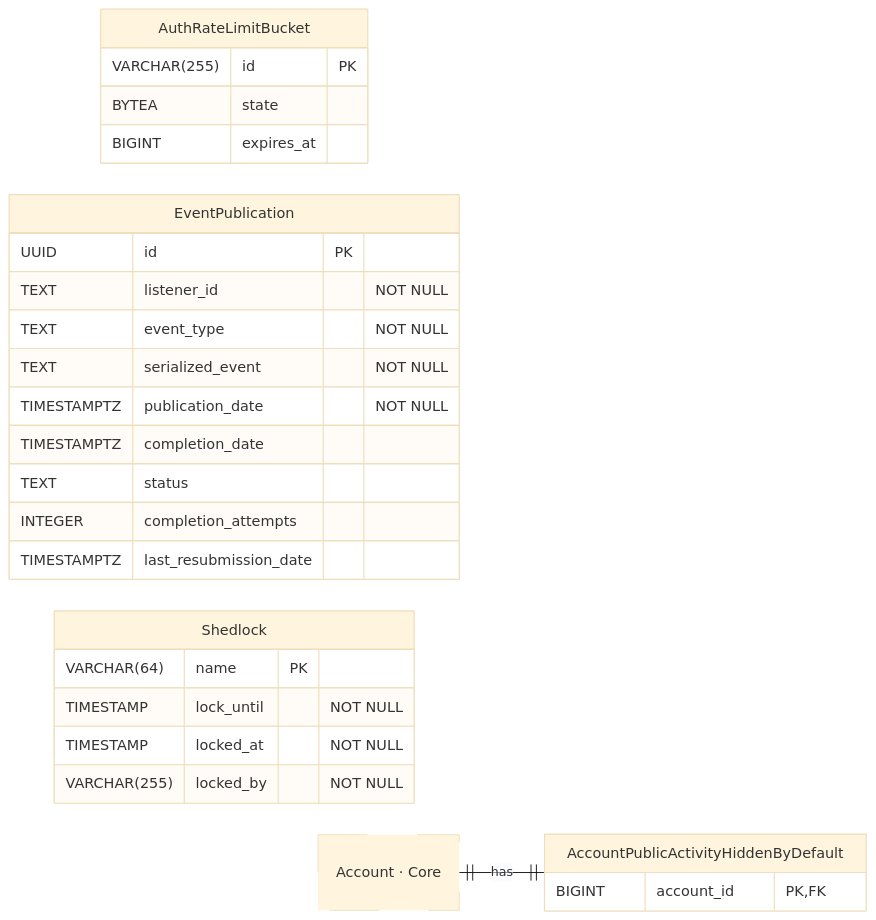
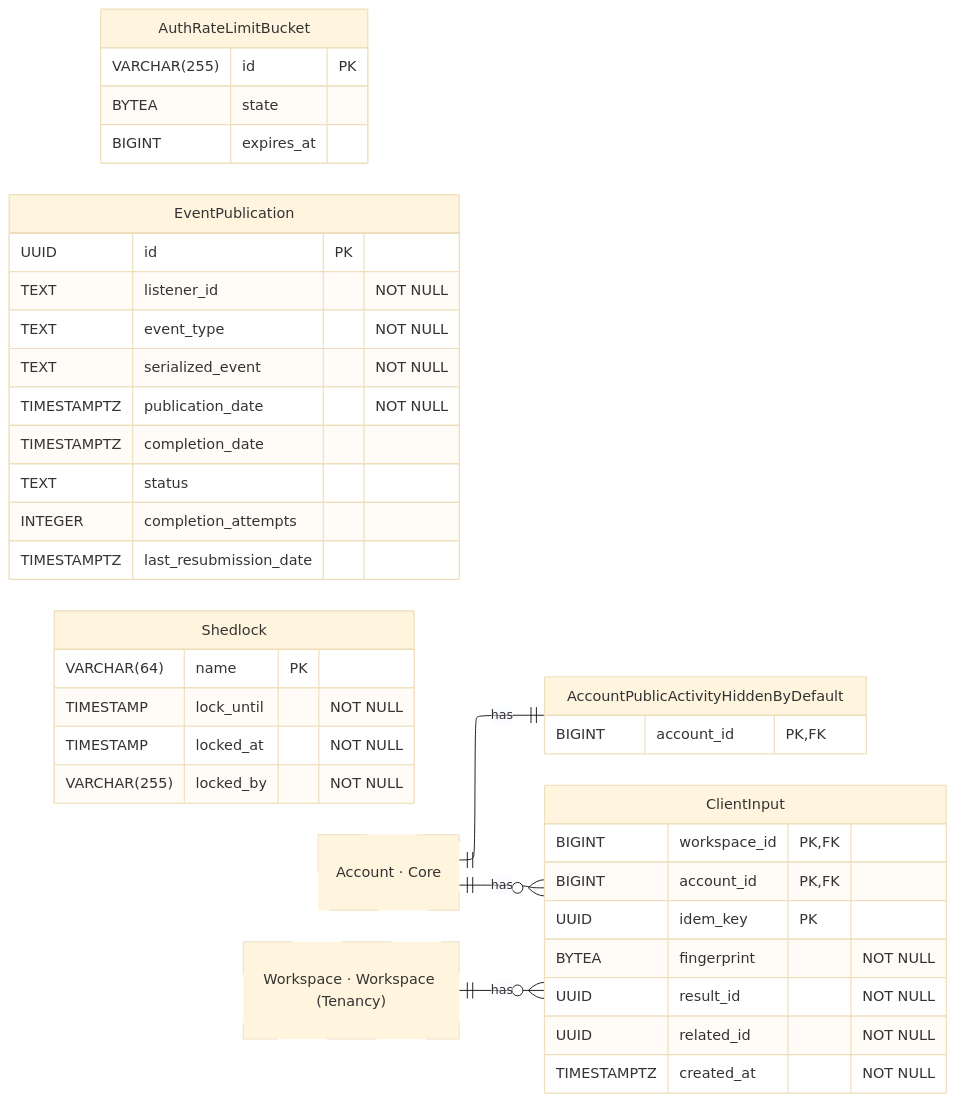
The diagram in docs/contributor/erd/without-entity.mmd (hephaestus-build/Hephaestus), drawn with Mermaid (base theme) before and after one commit. The commit also changed 55 other files, not shown here.

```diff
--- a/docs/contributor/erd/without-entity.mmd
+++ b/docs/contributor/erd/without-entity.mmd
@@ -1,53 +1,69 @@
 ---
 config:
     layout: elk
 ---
 erDiagram
     %% Generated automatically from PostgreSQL database schema
     %% using scripts/generate-mermaid-erd.ts
     %% To regenerate: vp run db:generate-erd-docs
 
     direction LR
 
     AccountPublicActivityHiddenByDefault {
         BIGINT account_id PK,FK
     }
 
     AuthRateLimitBucket {
         VARCHAR(255) id PK
         BYTEA state
         BIGINT expires_at
+    }
+
+    ClientInput {
+        BIGINT workspace_id PK,FK
+        BIGINT account_id PK,FK
+        UUID idem_key PK
+        BYTEA fingerprint "NOT NULL"
+        UUID result_id "NOT NULL"
+        UUID related_id "NOT NULL"
+        TIMESTAMPTZ created_at "NOT NULL"
     }
 
     EventPublication {
         UUID id PK
         TEXT listener_id "NOT NULL"
         TEXT event_type "NOT NULL"
         TEXT serialized_event "NOT NULL"
         TIMESTAMPTZ publication_date "NOT NULL"
         TIMESTAMPTZ completion_date
         TEXT status
         INTEGER completion_attempts
         TIMESTAMPTZ last_resubmission_date
     }
 
     Shedlock {
         VARCHAR(64) name PK
         TIMESTAMP lock_until "NOT NULL"
         TIMESTAMP locked_at "NOT NULL"
         VARCHAR(255) locked_by "NOT NULL"
     }
 
     Account["Account · Core"]
+    Workspace["Workspace · Workspace (Tenancy)"]
 
     %% Relationships
     %% One-to-One relationships
     Account ||--|| AccountPublicActivityHiddenByDefault : has
+
+    %% One-to-Many relationships
+    Account ||--o{ ClientInput : has
+    Workspace ||--o{ ClientInput : has
 
     %% Styling
     classDef primaryEntity stroke-width:2px
     classDef associationEntity stroke-width:1px
     classDef metadataEntity stroke-width:1px
     classDef referenceEntity stroke-dasharray:5 5
 
     class Account referenceEntity
+    class Workspace referenceEntity
```
